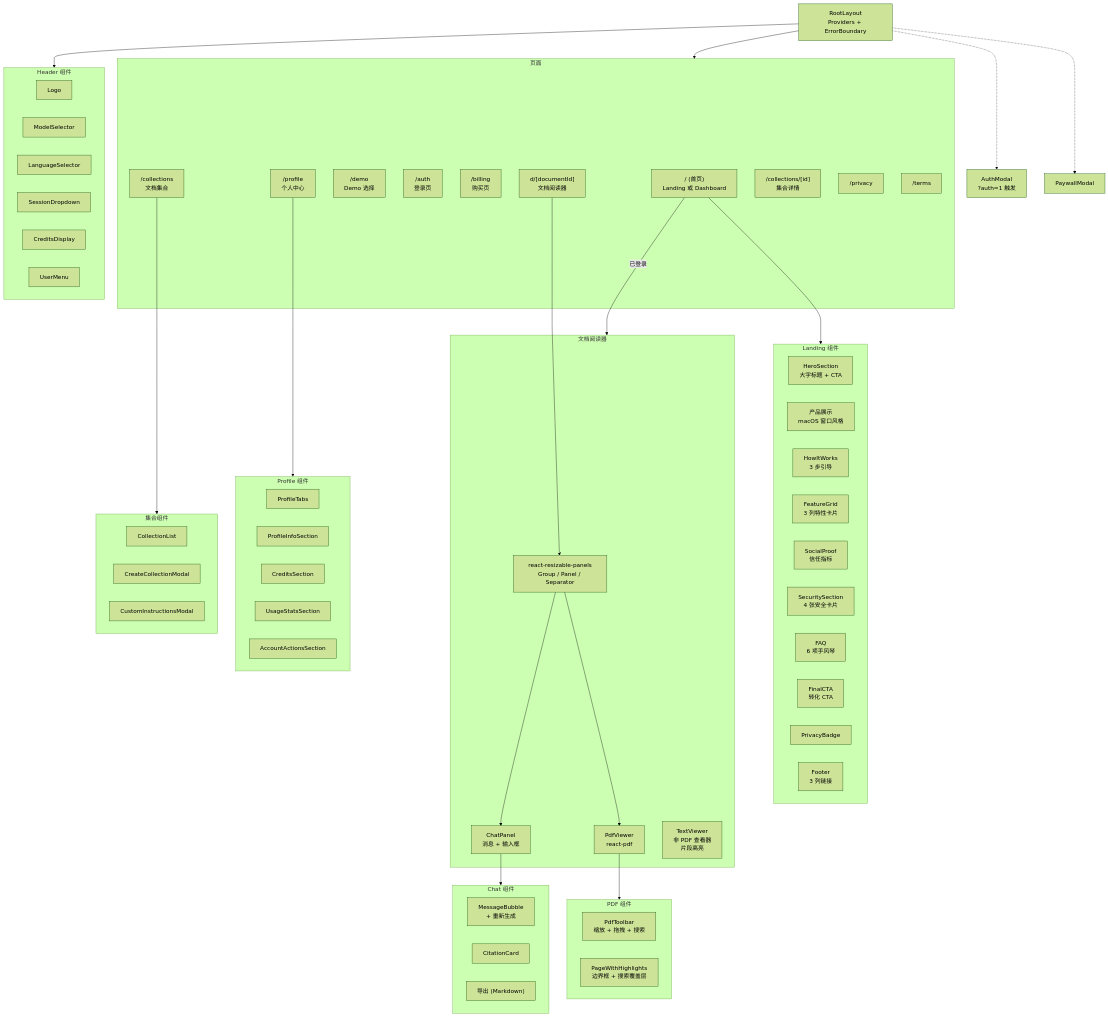
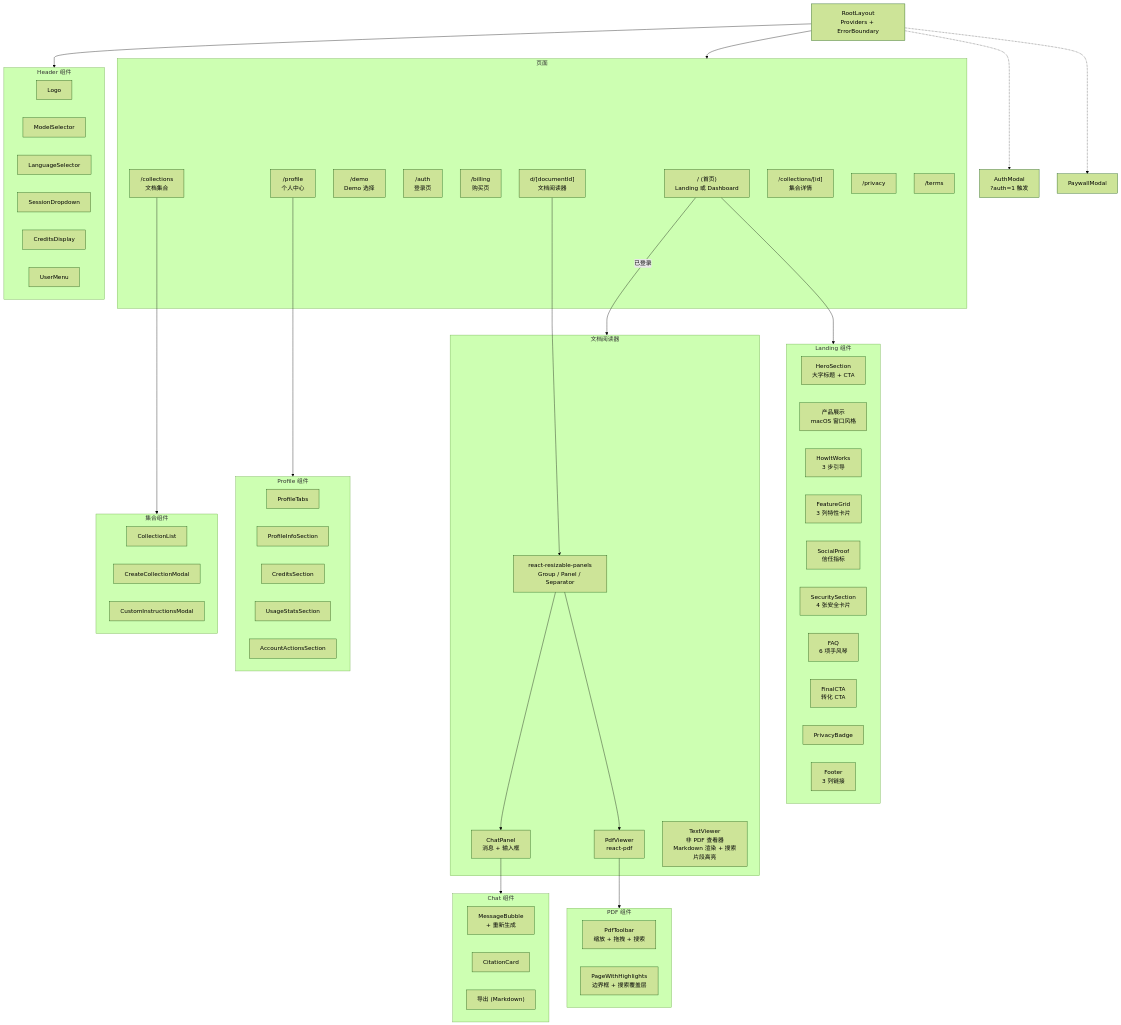
One commit to Rswcf/DocTalk changed the seventh of 8 diagrams in docs/ARCHITECTURE.zh.md. Above: the diagram before and after it, drawn with Mermaid (forest theme). The commit also changed other lines of this file and 4 other files, not shown here.

```diff
--- a/docs/ARCHITECTURE.zh.md
+++ b/docs/ARCHITECTURE.zh.md
@@ -527,7 +528,7 @@
         ResizablePanels["react-resizable-panels<br/>Group / Panel / Separator"]
         ChatPanel["ChatPanel<br/>消息 + 输入框"]
         PdfViewer["PdfViewer<br/>react-pdf"]
-        TextViewer["TextViewer<br/>非 PDF 查看器<br/>片段高亮"]
+        TextViewer["TextViewer<br/>非 PDF 查看器<br/>Markdown 渲染 + 搜索<br/>片段高亮"]
     end
 
     subgraph ChatComp["Chat 组件"]
```
